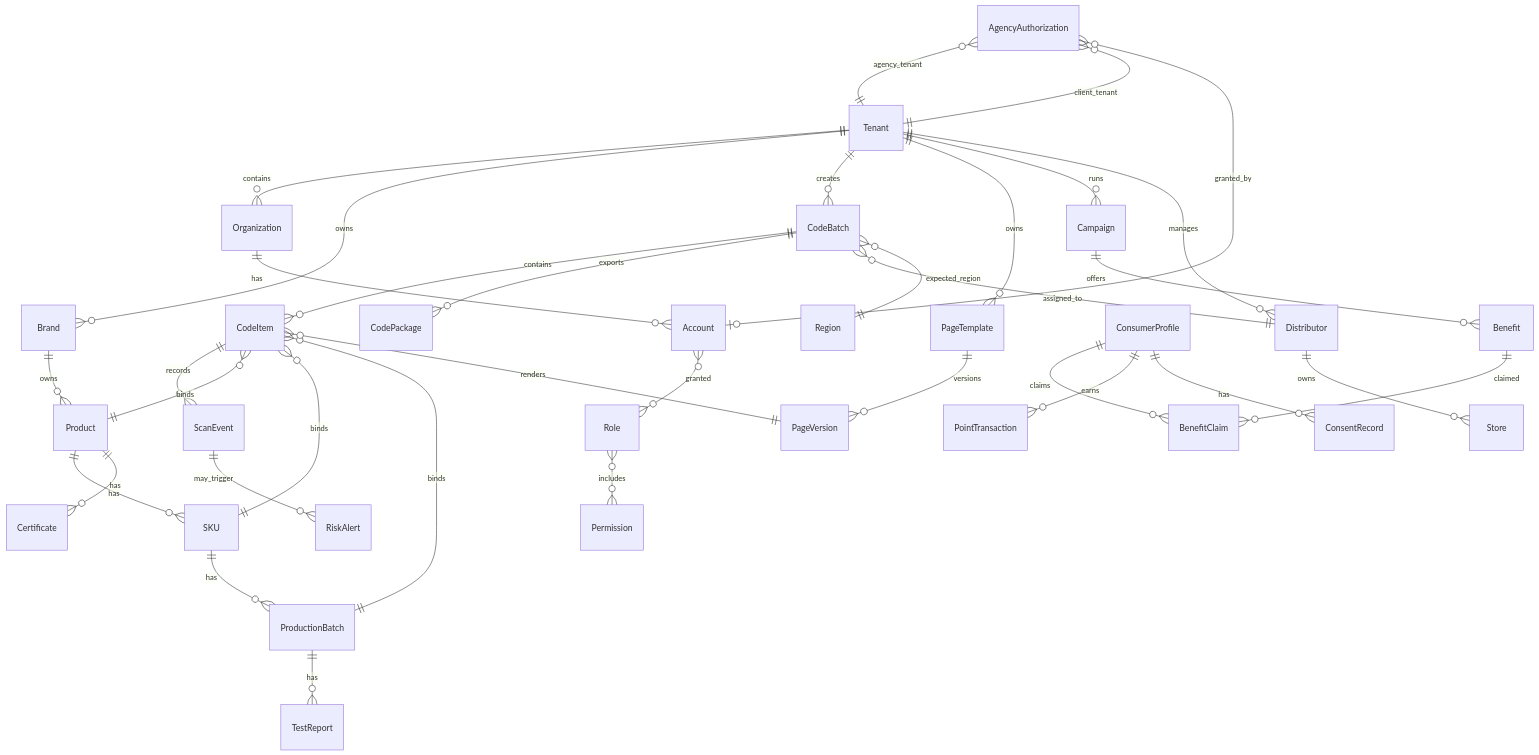
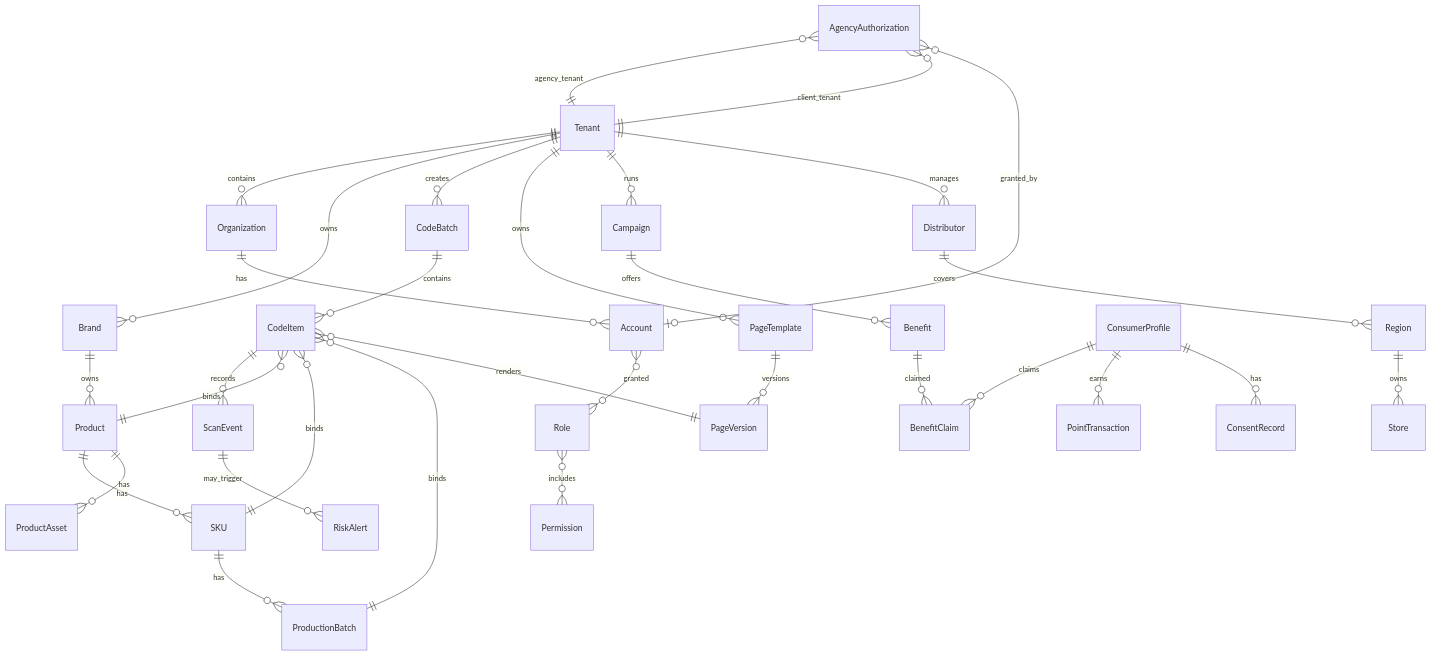
The first of 3 diagrams in docs/02_tech/DATA_MODEL.md (dingshanliang/yimatong), drawn with Mermaid before and after one commit. The commit also changed other lines of this file and 43 other files, not shown here.

````diff
--- a/docs/02_tech/DATA_MODEL.md
+++ b/docs/02_tech/DATA_MODEL.md
@@ -5,44 +13,41 @@
 ```mermaid
 erDiagram
   Tenant ||--o{ Organization : contains
   Organization ||--o{ Account : has
   Account }o--o{ Role : granted
   Role }o--o{ Permission : includes
 
   Tenant ||--o{ Brand : owns
   Brand ||--o{ Product : owns
   Product ||--o{ SKU : has
+  Product ||--o{ ProductAsset : has
   SKU ||--o{ ProductionBatch : has
-  Product ||--o{ Certificate : has
-  ProductionBatch ||--o{ TestReport : has
 
   Tenant ||--o{ CodeBatch : creates
   CodeBatch ||--o{ CodeItem : contains
-  CodeBatch ||--o{ CodePackage : exports
   CodeItem ||--o{ ScanEvent : records
   CodeItem }o--|| Product : binds
   CodeItem }o--|| SKU : binds
   CodeItem }o--|| ProductionBatch : binds
 
   Tenant ||--o{ PageTemplate : owns
   PageTemplate ||--o{ PageVersion : versions
   CodeItem }o--|| PageVersion : renders
 
   Tenant ||--o{ Campaign : runs
   Campaign ||--o{ Benefit : offers
   Benefit ||--o{ BenefitClaim : claimed
   ConsumerProfile ||--o{ BenefitClaim : claims
   ConsumerProfile ||--o{ PointTransaction : earns
 
   Tenant ||--o{ Distributor : manages
-  Distributor ||--o{ Store : owns
-  CodeBatch }o--|| Distributor : assigned_to
-  CodeBatch }o--|| Region : expected_region
+  Distributor ||--o{ Region : covers
+  Region ||--o{ Store : owns
 
   ScanEvent ||--o{ RiskAlert : may_trigger
   ConsumerProfile ||--o{ ConsentRecord : has
 
   AgencyAuthorization }o--|| Tenant : "agency_tenant"
   AgencyAuthorization }o--|| Tenant : "client_tenant"
   AgencyAuthorization }o--o| Account : "granted_by"
 ```
````
